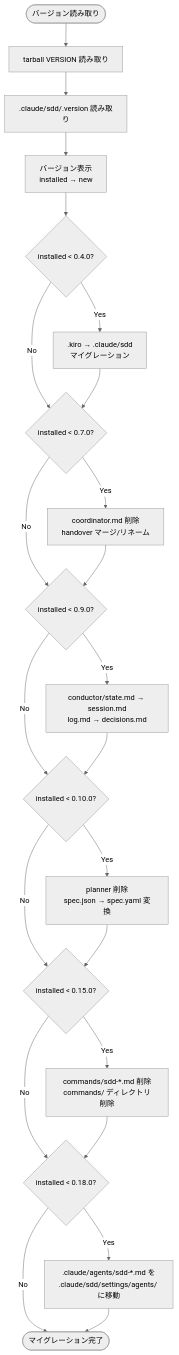
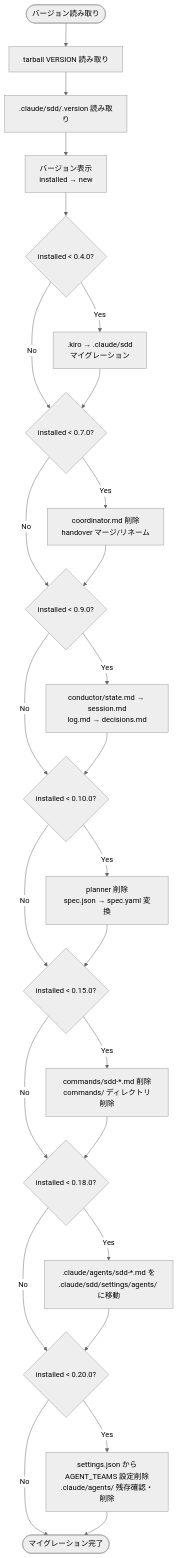
The fourth of 4 diagrams in .claude/sdd/project/specs/installer/design.md (sync-dev-org/sync-sdd), drawn with Mermaid (neutral theme) before and after one commit. The commit also changed other lines of this file and 45 other files, not shown here.

First line of the commit message:
Migrate from Agent Teams to SubAgent architecture

````diff
--- a/.claude/sdd/project/specs/installer/design.md
+++ b/.claude/sdd/project/specs/installer/design.md
@@ -350,36 +353,41 @@
 ```mermaid
 flowchart TD
     START([バージョン読み取り]) --> READ_NEW[tarball VERSION 読み取り]
     READ_NEW --> READ_INST[.claude/sdd/.version 読み取り]
     READ_INST --> COMPARE[バージョン表示<br/>installed → new]
 
     COMPARE --> MIG_04{installed < 0.4.0?}
     MIG_04 -->|Yes| KIRO[.kiro → .claude/sdd<br/>マイグレーション]
     MIG_04 -->|No| MIG_07
     KIRO --> MIG_07
 
     MIG_07{installed < 0.7.0?}
     MIG_07 -->|Yes| COORD[coordinator.md 削除<br/>handover マージ/リネーム]
     MIG_07 -->|No| MIG_09
     COORD --> MIG_09
 
     MIG_09{installed < 0.9.0?}
     MIG_09 -->|Yes| HANDOVER[conductor/state.md → session.md<br/>log.md → decisions.md]
     MIG_09 -->|No| MIG_10
     HANDOVER --> MIG_10
 
     MIG_10{installed < 0.10.0?}
     MIG_10 -->|Yes| FORMAT[planner 削除<br/>spec.json → spec.yaml 変換]
     MIG_10 -->|No| MIG_15
     FORMAT --> MIG_15
 
     MIG_15{installed < 0.15.0?}
     MIG_15 -->|Yes| SKILLS[commands/sdd-*.md 削除<br/>commands/ ディレクトリ削除]
     MIG_15 -->|No| MIG_18
     SKILLS --> MIG_18
 
     MIG_18{installed < 0.18.0?}
     MIG_18 -->|Yes| AGENTS[.claude/agents/sdd-*.md を<br/>.claude/sdd/settings/agents/ に移動]
-    MIG_18 -->|No| DONE([マイグレーション完了])
-    AGENTS --> DONE
+    MIG_18 -->|No| MIG_20
+    AGENTS --> MIG_20
+
+    MIG_20{installed < 0.20.0?}
+    MIG_20 -->|Yes| SUBAGENT[settings.json から<br/>AGENT_TEAMS 設定削除<br/>.claude/agents/ 残存確認・削除]
+    MIG_20 -->|No| DONE([マイグレーション完了])
+    SUBAGENT --> DONE
 ```
````
